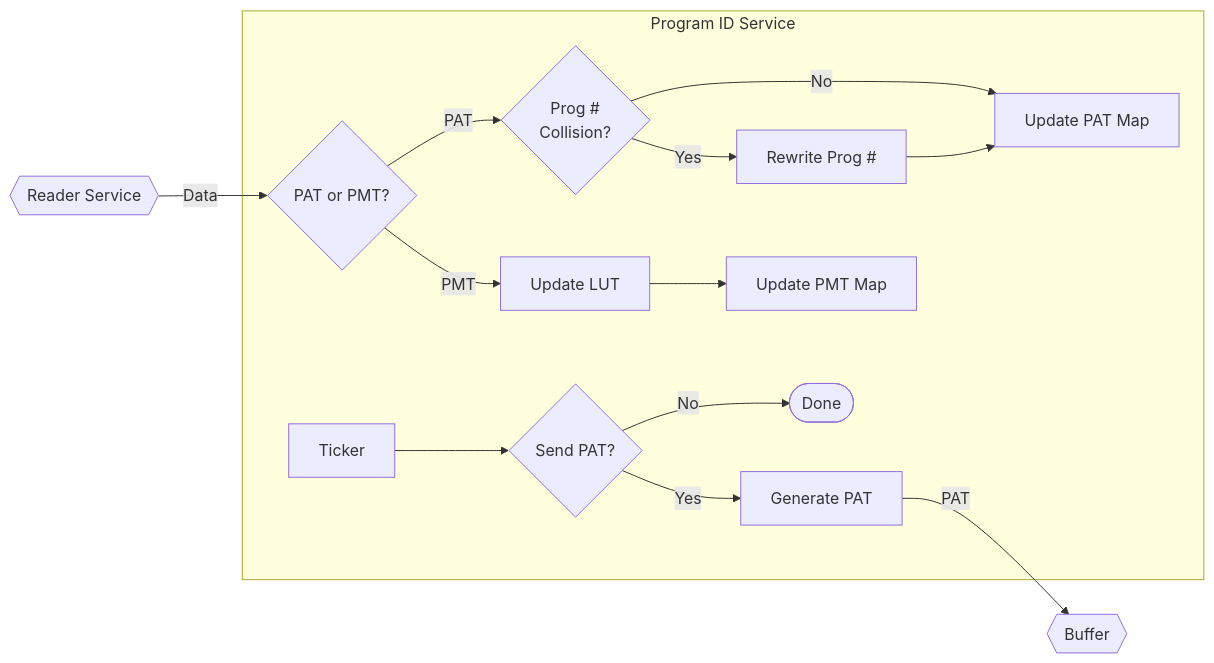
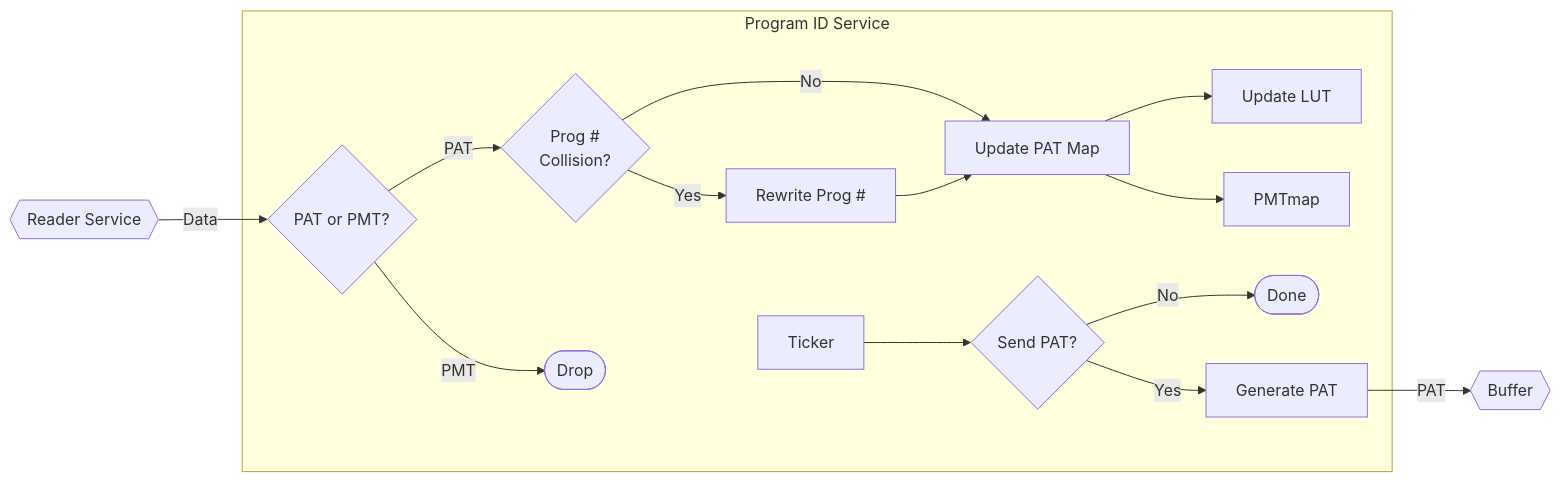
Before and after one commit to Channel-3-Eugene/tribd: the third of 6 diagrams in README.md, drawn with Mermaid.

Commit message:
yet another minor fix

````diff
--- a/README.md
+++ b/README.md
@@ -44,20 +44,21 @@
 ```mermaid
 graph LR
     ReaderService{{Reader Service}} --> |Data| PAT_PMT
 
     subgraph Program ID Service
         PAT_PMT{PAT or PMT?} --> |PAT| Collision
         Collision{Prog #\nCollision?} --> |No| UpdatePAT[Update PAT Map]
         Collision --> |Yes| Collided
         Collided[Rewrite Prog #] --> UpdatePAT
+        UpdatePAT --> LUT[Update LUT]
+        UpdatePAT --> PMTmap
         
-        PAT_PMT --> |PMT| LUT
-        LUT[Update LUT] --> PMT_MAP[Update PMT Map]
+        PAT_PMT --> |PMT| Drop([Drop])
 
         Clock[Ticker] --> Send?{Send PAT?}
         Send? --> |No| End([Done])
         Send? --> |Yes| Generate[Generate PAT]
     end
 
     Generate --> |PAT| Buffer{{Buffer}}
 ```
````
